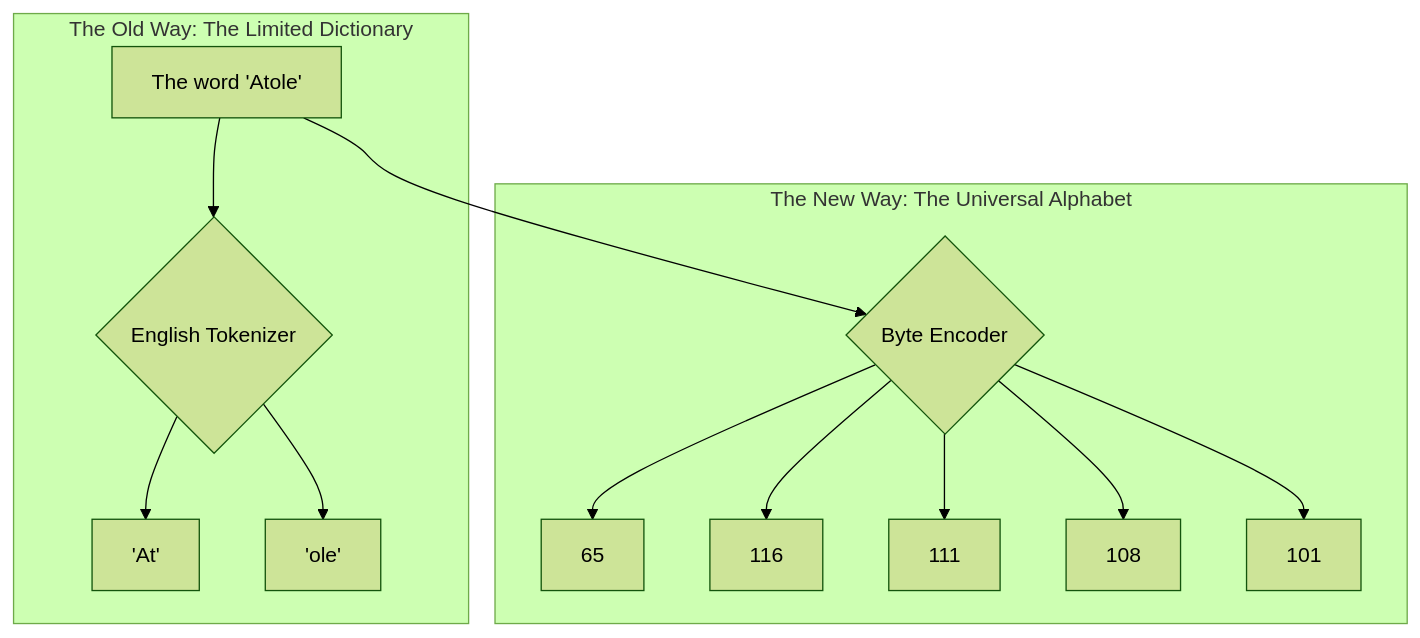
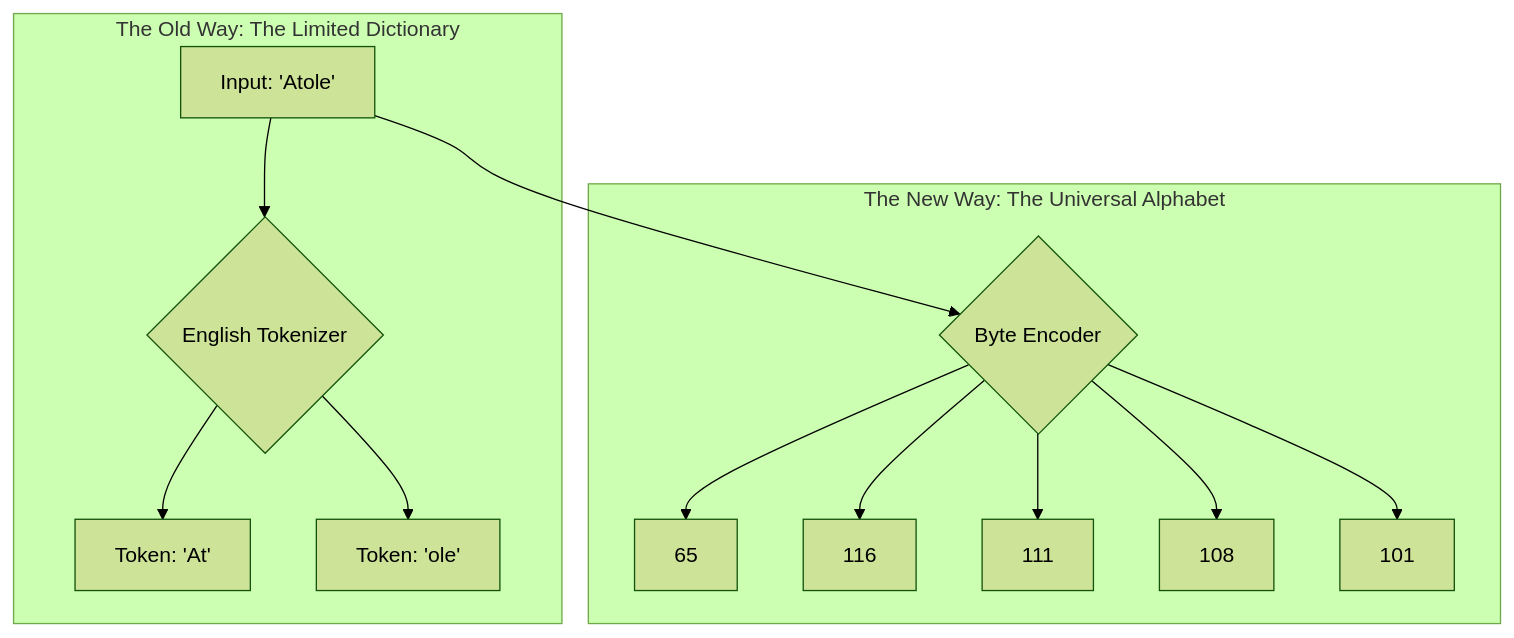
The first of 3 diagrams in _posts/2025-08-22-analyzing-bytes-for-llms.md (eltay89/eltay89.github.io), drawn with Mermaid (forest theme) before and after one commit. The commit also changed other lines of this file, not shown here.

````diff
--- a/_posts/2025-08-22-analyzing-bytes-for-llms.md
+++ b/_posts/2025-08-22-analyzing-bytes-for-llms.md
@@ -25,17 +29,17 @@
 ```mermaid
 graph TD
     subgraph "The Old Way: The Limited Dictionary"
-        A["The word 'Atole'" ] --> B{"English Tokenizer"};
-        B --> C["'At'"];
-        B --> D["'ole'"];
+        A["Input: 'Atole'" ] --> B{"English Tokenizer"};
+        B --> C["Token: 'At'"];
+        B --> D["Token: 'ole'"];
     end
 
     subgraph "The New Way: The Universal Alphabet"
         A --> F{"Byte Encoder"};
         F --> G["65"];
         F --> H["116"];
         F --> I["111"];
         F --> J["108"];
         F --> K["101"];
     end
 ```
````
